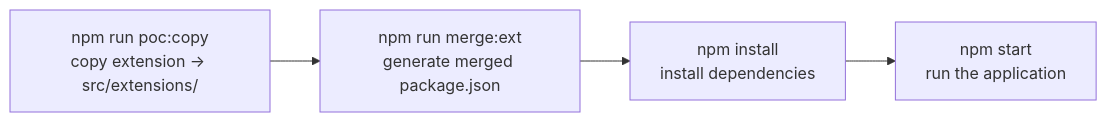
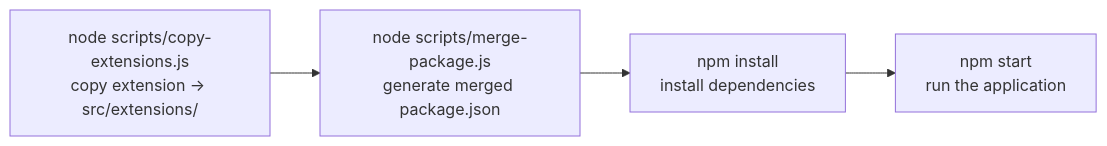
The diagram in docs/en/DEVELOPER-GUIDE.md (satriolangit/express-modular-sample), drawn with Mermaid before and after one commit. The commit also changed other lines of this file and 7 other files, not shown here.

Commit message:
docs: sync architecture and contracts with hardened behavior

````diff
--- a/docs/en/DEVELOPER-GUIDE.md
+++ b/docs/en/DEVELOPER-GUIDE.md
@@ -145,6 +145,6 @@
 ```mermaid
 flowchart LR
-    A["npm run poc:copy<br/>copy extension → src/extensions/"] --> B["npm run merge:ext<br/>generate merged package.json"]
+    A["node scripts/copy-extensions.js<br/>copy extension → src/extensions/"] --> B["node scripts/merge-package.js<br/>generate merged package.json"]
     B --> C["npm install<br/>install dependencies"]
     C --> D["npm start<br/>run the application"]
 ```
````
